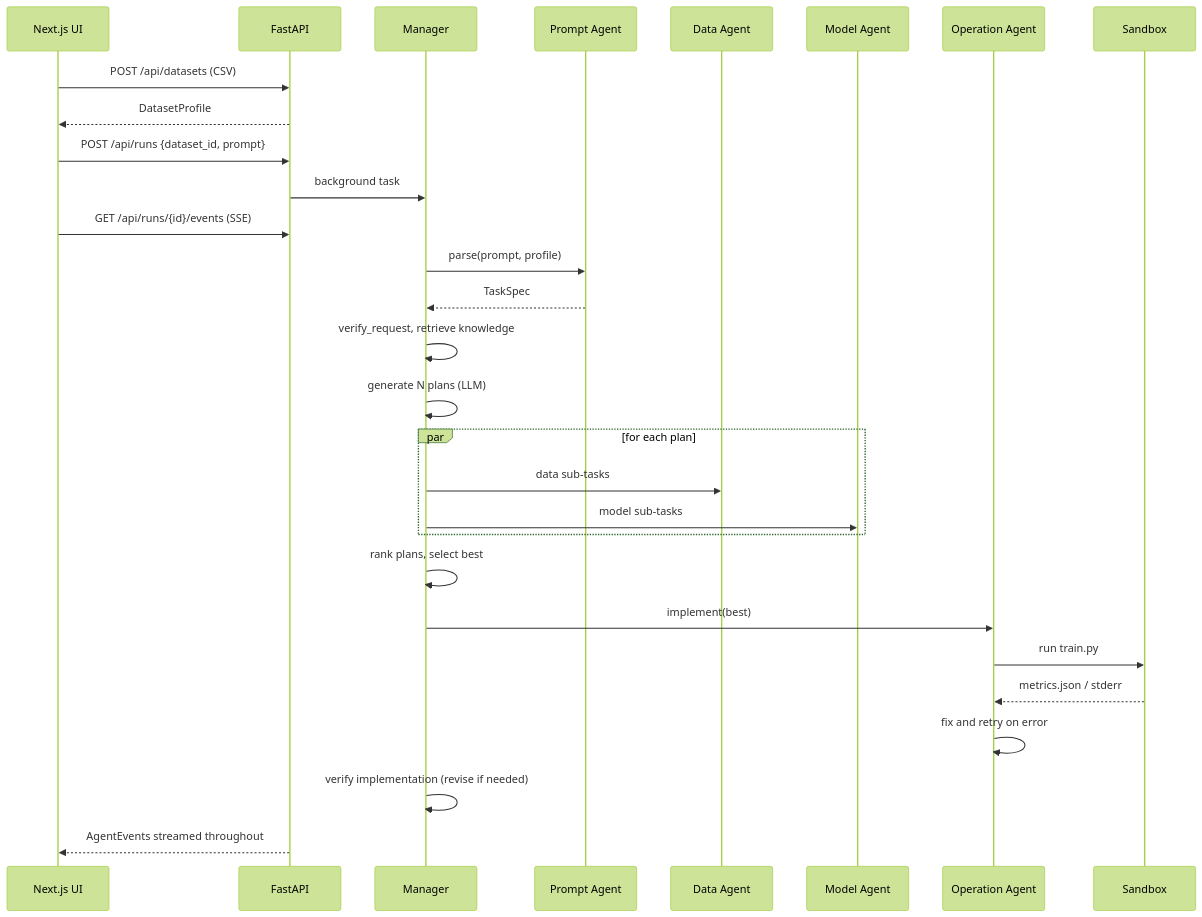
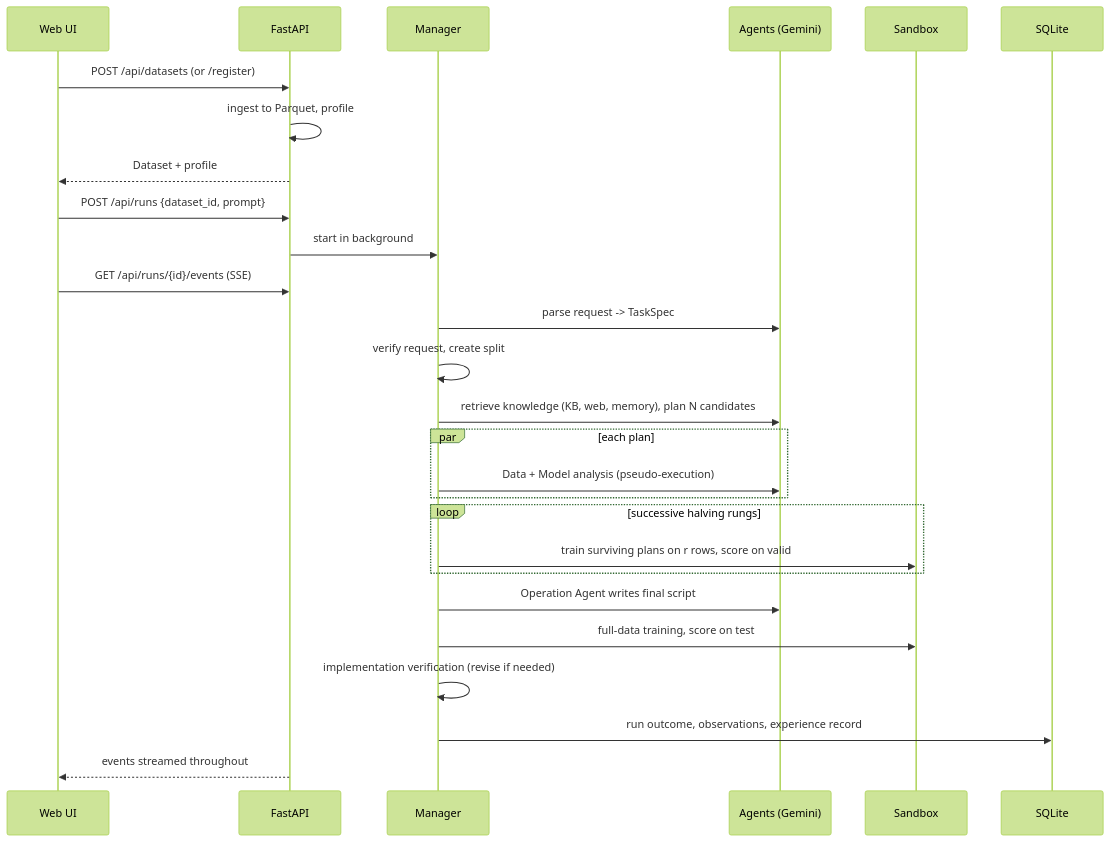
One commit to VioniX37/VX04 changed the second of 2 diagrams in docs/concepts/architecture.md. Above: the diagram before and after it, drawn with Mermaid (forest theme). The commit also changed other lines of this file and 36 other files, not shown here.

````diff
--- a/docs/concepts/architecture.md
+++ b/docs/concepts/architecture.md
@@ -20,32 +74,30 @@
 ```mermaid
 sequenceDiagram
-  participant UI as Next.js UI
+  participant UI as Web UI
   participant API as FastAPI
   participant M as Manager
-  participant P as Prompt Agent
-  participant D as Data Agent
-  participant Mo as Model Agent
-  participant O as Operation Agent
+  participant A as Agents (Gemini)
   participant S as Sandbox
+  participant DB as SQLite
 
-  UI->>API: POST /api/datasets (CSV)
-  API-->>UI: DatasetProfile
+  UI->>API: POST /api/datasets (or /register)
+  API->>API: ingest to Parquet, profile
+  API-->>UI: Dataset + profile
   UI->>API: POST /api/runs {dataset_id, prompt}
-  API->>M: background task
+  API->>M: start in background
   UI->>API: GET /api/runs/{id}/events (SSE)
-  M->>P: parse(prompt, profile)
-  P-->>M: TaskSpec
-  M->>M: verify_request, retrieve knowledge
-  M->>M: generate N plans (LLM)
-  par for each plan
-    M->>D: data sub-tasks
-    M->>Mo: model sub-tasks
+  M->>A: parse request -> TaskSpec
+  M->>M: verify request, create split
+  M->>A: retrieve knowledge (KB, web, memory), plan N candidates
+  par each plan
+    M->>A: Data + Model analysis (pseudo-execution)
   end
-  M->>M: rank plans, select best
-  M->>O: implement(best)
-  O->>S: run train.py
-  S-->>O: metrics.json / stderr
-  O->>O: fix and retry on error
-  M->>M: verify implementation (revise if needed)
-  API-->>UI: AgentEvents streamed throughout
+  loop successive halving rungs
+    M->>S: train surviving plans on r rows, score on valid
+  end
+  M->>A: Operation Agent writes final script
+  M->>S: full-data training, score on test
+  M->>M: implementation verification (revise if needed)
+  M->>DB: run outcome, observations, experience record
+  API-->>UI: events streamed throughout
 ```
````
